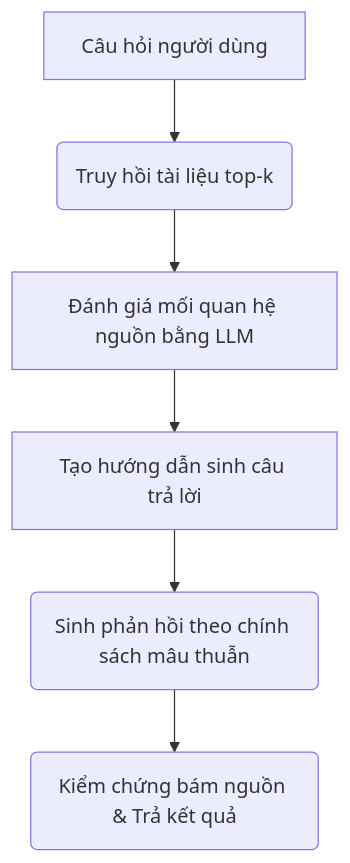
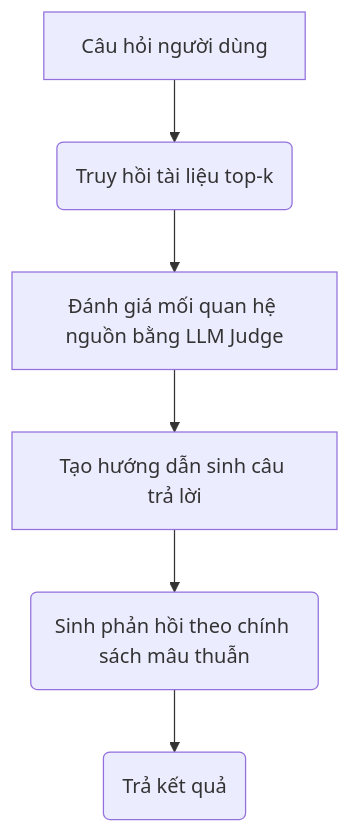
Before and after one commit to baeGil/TeamHN-RAG-Agent: the diagram in data/vietanh-data/drag_eval/drag_system_report.md, drawn with Mermaid. The commit also changed other lines of this file and 22 other files, not shown here.

````diff
--- a/data/vietanh-data/drag_eval/drag_system_report.md
+++ b/data/vietanh-data/drag_eval/drag_system_report.md
@@ -22,8 +38,8 @@
 ```mermaid
-graph TD
+flowchart TD
     A[Câu hỏi người dùng] --> B(Truy hồi tài liệu top-k)
-    B --> C[Đánh giá mối quan hệ nguồn bằng LLM]
+    B --> C[Đánh giá mối quan hệ nguồn bằng LLM Judge]
     C --> F[Tạo hướng dẫn sinh câu trả lời]
     F --> G(Sinh phản hồi theo chính sách mâu thuẫn)
-    G --> H(Kiểm chứng bám nguồn & Trả kết quả)
+    G --> H(Trả kết quả)
 ```
````
